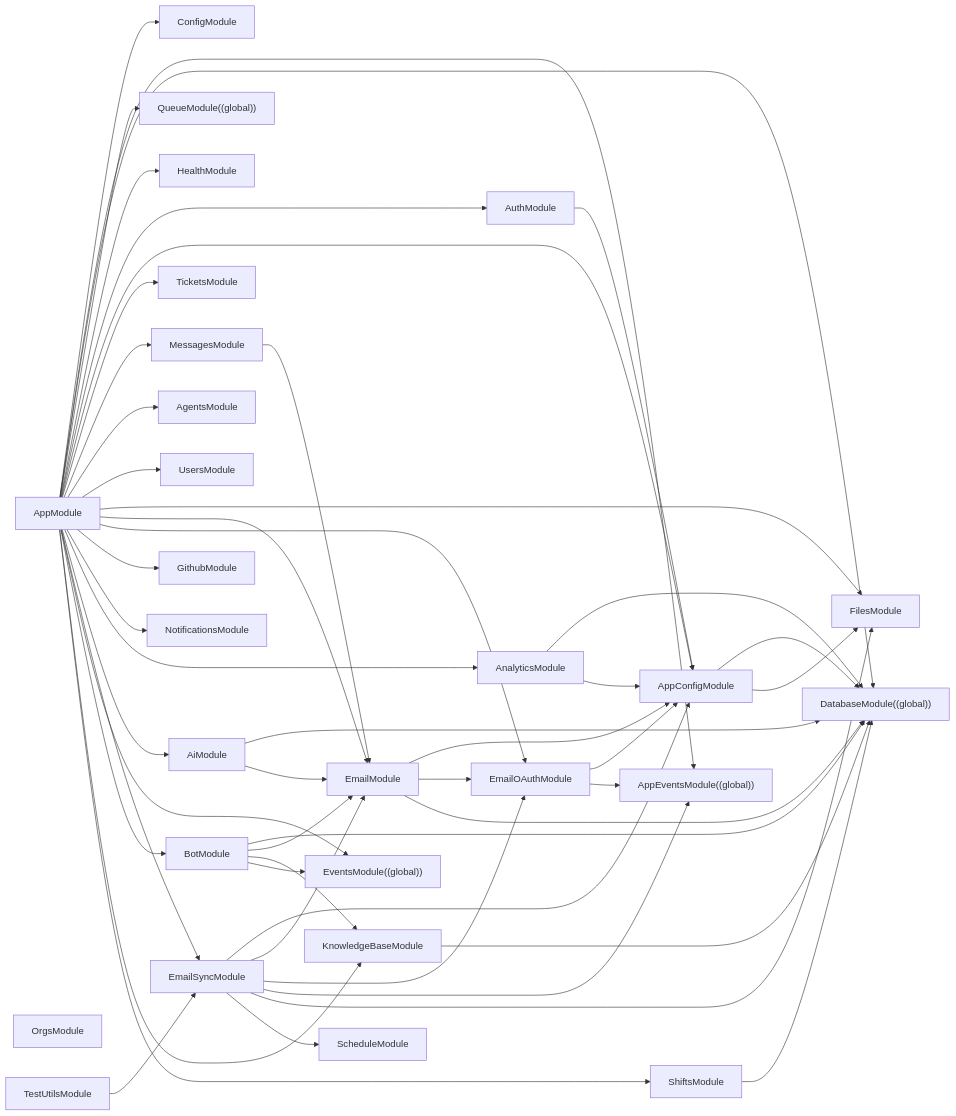
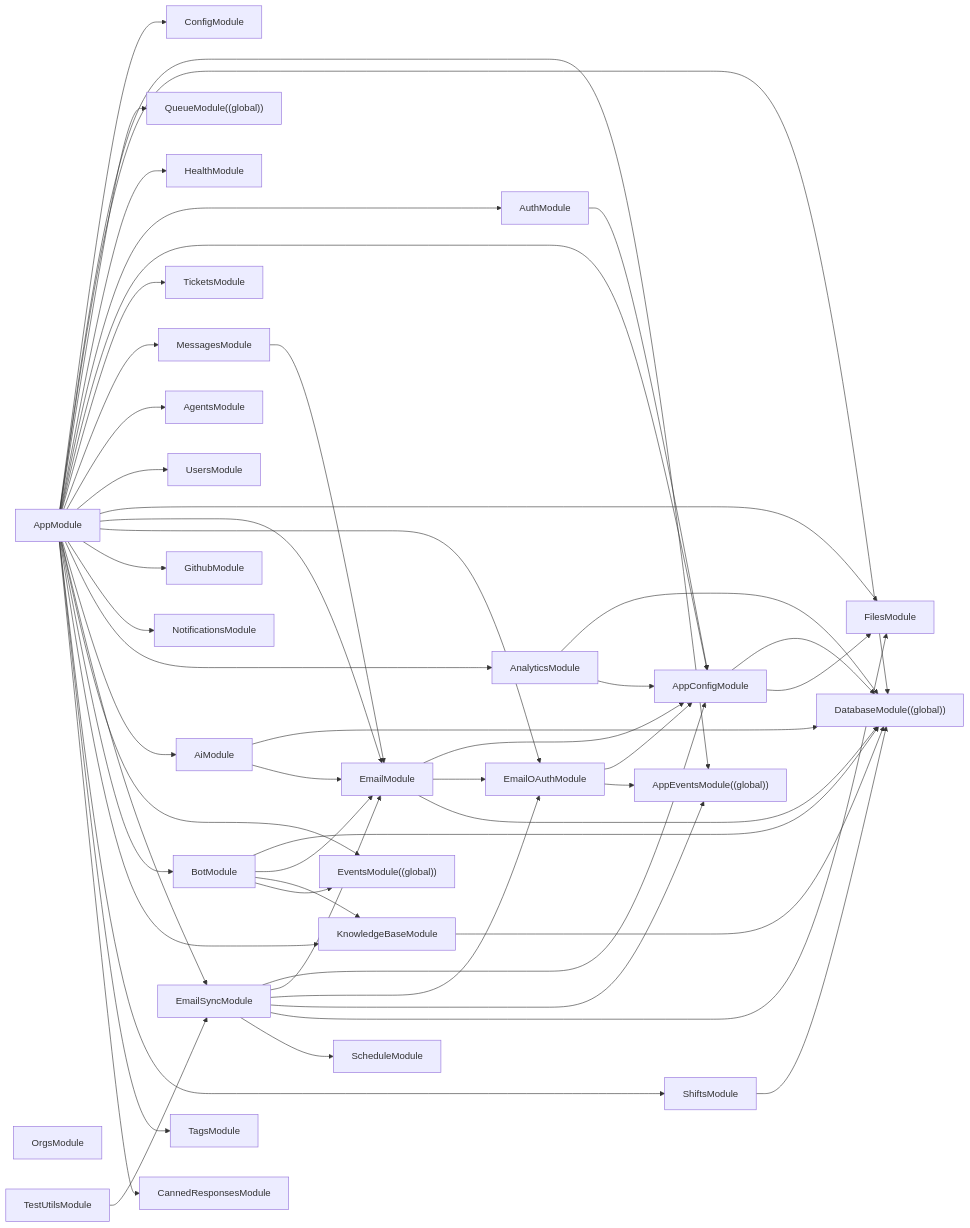
Before and after one commit to Vignesh-Siva96/tmr_athena: the diagram in docs/atlas/_generated/module-graph.md, drawn with Mermaid. The commit also changed other lines of this file and 38 other files, not shown here.

Commit message:
feat(MCP): Added tags and canned responses

````diff
--- a/docs/atlas/_generated/module-graph.md
+++ b/docs/atlas/_generated/module-graph.md
@@ -9,64 +9,68 @@
 ```mermaid
 flowchart LR
   AgentsModule["AgentsModule"]
   AiModule --> DatabaseModule
   AiModule --> EmailModule
   AnalyticsModule --> DatabaseModule
   AnalyticsModule --> AppConfigModule
   AppConfigModule --> DatabaseModule
   AppConfigModule --> FilesModule
   AppEventsModule["AppEventsModule((global))"]
   AppModule --> ConfigModule
   AppModule --> AppEventsModule
   AppModule --> DatabaseModule
   AppModule --> QueueModule
   AppModule --> HealthModule
   AppModule --> AuthModule
   AppModule --> AppConfigModule
   AppModule --> TicketsModule
   AppModule --> MessagesModule
   AppModule --> AgentsModule
   AppModule --> UsersModule
   AppModule --> FilesModule
   AppModule --> EmailModule
   AppModule --> EmailOAuthModule
   AppModule --> GithubModule
   AppModule --> NotificationsModule
   AppModule --> AnalyticsModule
   AppModule --> AiModule
   AppModule --> EmailSyncModule
   AppModule --> EventsModule
   AppModule --> BotModule
   AppModule --> KnowledgeBaseModule
   AppModule --> ShiftsModule
+  AppModule --> TagsModule
+  AppModule --> CannedResponsesModule
   AuthModule --> AppConfigModule
   BotModule --> DatabaseModule
   BotModule --> EmailModule
   BotModule --> KnowledgeBaseModule
   BotModule --> EventsModule
+  CannedResponsesModule["CannedResponsesModule"]
   DatabaseModule["DatabaseModule((global))"]
   EmailModule --> AppConfigModule
   EmailModule --> EmailOAuthModule
   EmailModule --> DatabaseModule
   EmailOAuthModule --> AppConfigModule
   EmailOAuthModule --> AppEventsModule
   EmailSyncModule --> AppConfigModule
   EmailSyncModule --> EmailModule
   EmailSyncModule --> EmailOAuthModule
   EmailSyncModule --> AppEventsModule
   EmailSyncModule --> FilesModule
   EmailSyncModule --> ScheduleModule
   EventsModule["EventsModule((global))"]
   FilesModule["FilesModule"]
   GithubModule["GithubModule"]
   HealthModule["HealthModule"]
   KnowledgeBaseModule --> DatabaseModule
   MessagesModule --> EmailModule
   NotificationsModule["NotificationsModule"]
   OrgsModule["OrgsModule"]
   QueueModule["QueueModule((global))"]
   ShiftsModule --> DatabaseModule
+  TagsModule["TagsModule"]
   TestUtilsModule --> EmailSyncModule
   TicketsModule["TicketsModule"]
   UsersModule["UsersModule"]
 ```
````
